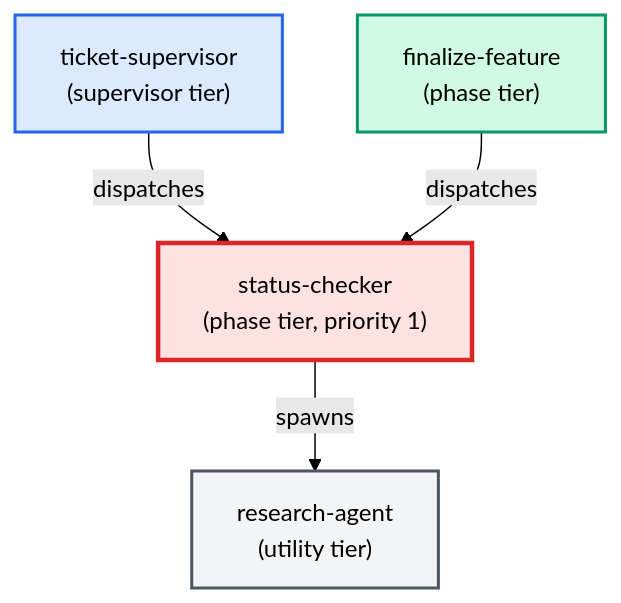
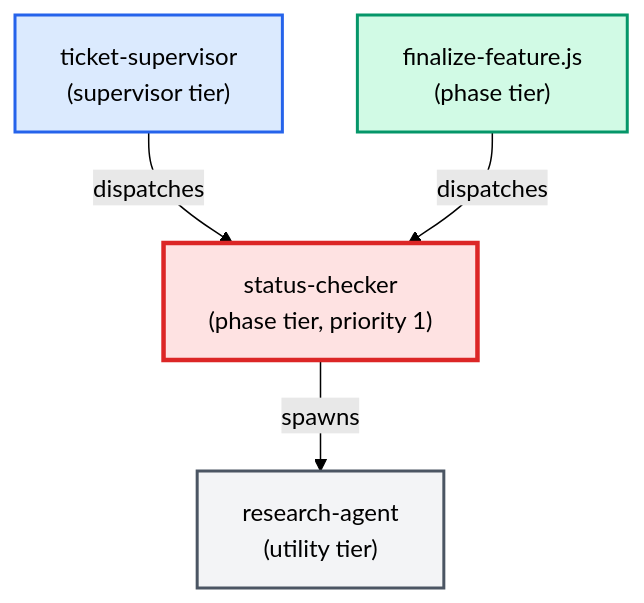
One commit to urlmonitor/leafcutter-ai changed the diagram in docs/agents/cards/status-checker.card.md. Above: the diagram before and after it, drawn with Mermaid (forest theme). The commit also changed other lines of this file and 52 other files, not shown here.

````diff
--- a/docs/agents/cards/status-checker.card.md
+++ b/docs/agents/cards/status-checker.card.md
@@ -46,16 +51,16 @@
 ```mermaid
 flowchart TD
     classDef supervisor fill:#dbeafe,stroke:#2563eb,stroke-width:2px
     classDef phase fill:#d1fae5,stroke:#059669,stroke-width:2px
     classDef utility fill:#f3f4f6,stroke:#4b5563,stroke-width:2px
     classDef target fill:#fee2e2,stroke:#dc2626,stroke-width:3px
 
     ticket_supervisor["ticket-supervisor\n(supervisor tier)"]:::supervisor
-    finalize_feature["finalize-feature\n(phase tier)"]:::phase
+    finalize_feature.js["finalize-feature.js\n(phase tier)"]:::phase
     status_checker["status-checker\n(phase tier, priority 1)"]:::target
     research_agent["research-agent\n(utility tier)"]:::utility
 
     ticket_supervisor -->|dispatches| status_checker
-    finalize_feature -->|dispatches| status_checker
+    finalize_feature.js -->|dispatches| status_checker
     status_checker -->|spawns| research_agent
 ```
````
